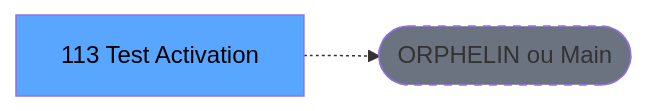
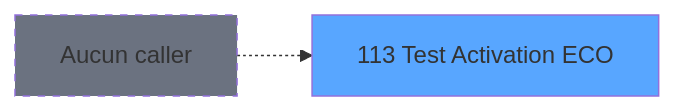
The second of 3 diagrams in .openspec/specs/ADH-IDE-113.md (thonyAGP/lecteur-magic), drawn with Mermaid before and after one commit. The commit also changed other lines of this file and 96 other files, not shown here.

````diff
--- a/.openspec/specs/ADH-IDE-113.md
+++ b/.openspec/specs/ADH-IDE-113.md
@@ -117,8 +142,8 @@
 ```mermaid
 graph LR
-    T[113 Test Activation]
-    ORPHAN([ORPHELIN ou Main])
-    T -.-> ORPHAN
-    style T fill:#58a6ff,color:#000
-    style ORPHAN fill:#6b7280,stroke-dasharray: 5 5
+    T113[113 Test Activation ECO]
+    style T113 fill:#58a6ff
+    NONE[Aucun caller]
+    NONE -.-> T113
+    style NONE fill:#6b7280,stroke-dasharray: 5 5
 ```
````
